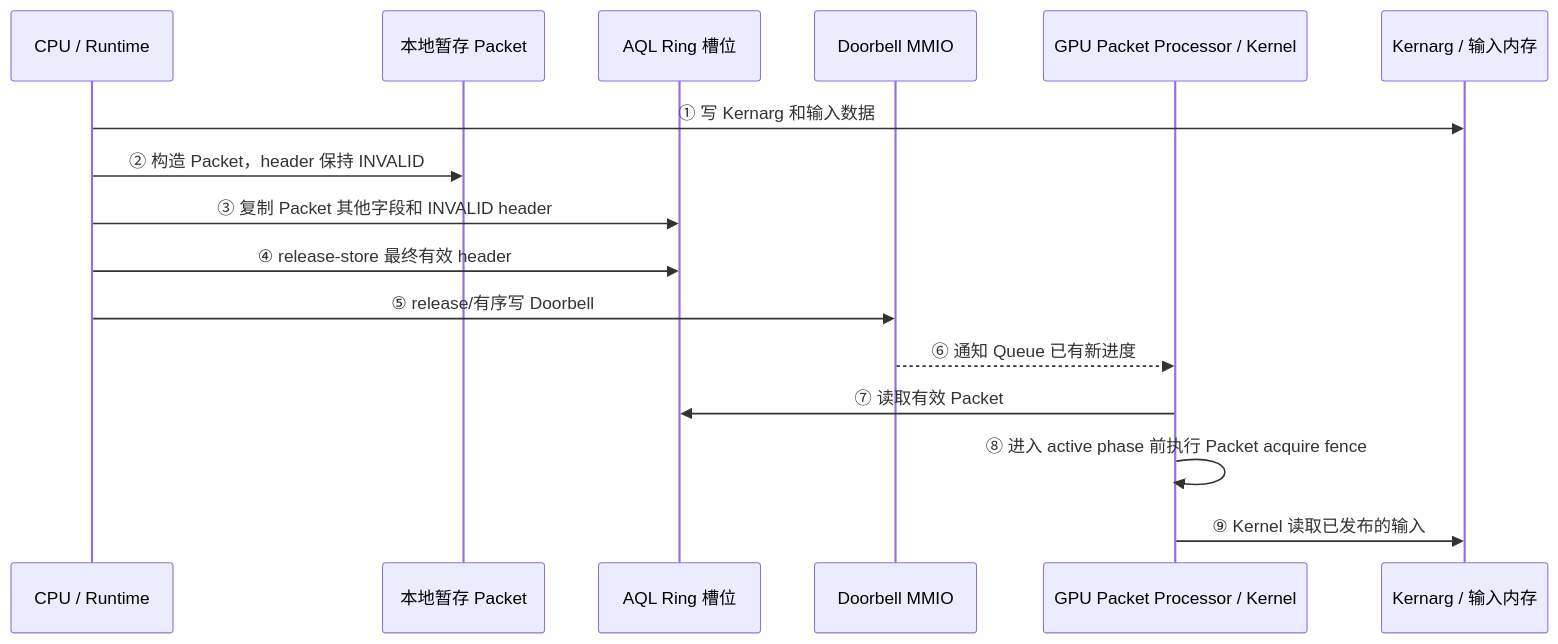
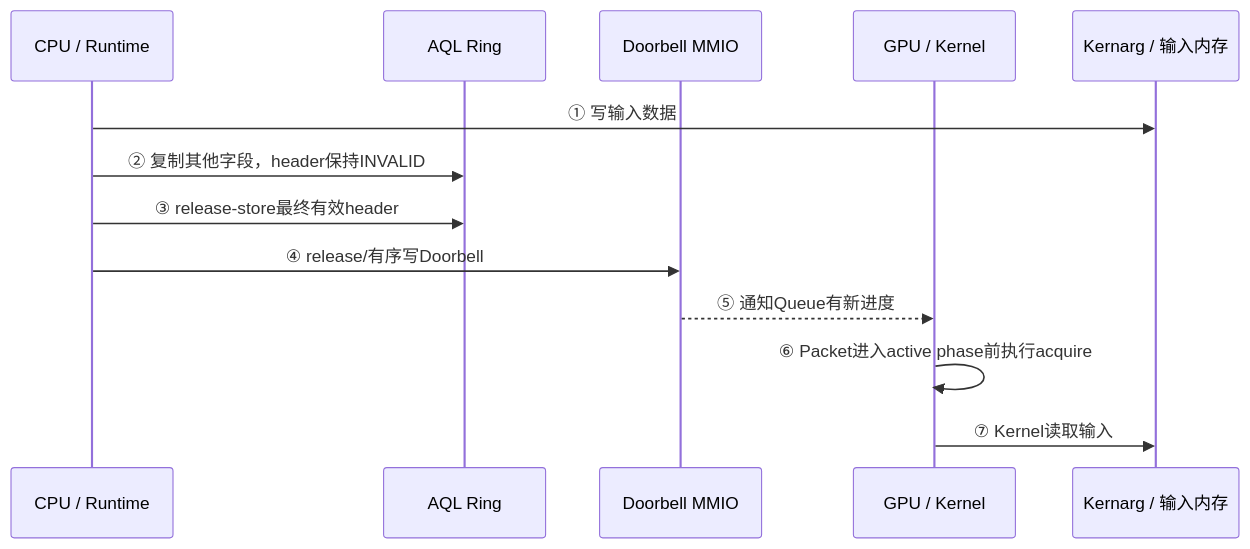
One commit to hxfei-git/gpu-study changed the second of 3 diagrams in 02_GPU 内存管理基础.md. Above: the diagram before and after it, drawn with Mermaid. The commit also changed other lines of this file and 6 other files, not shown here.

````diff
--- a/02_GPU 内存管理基础.md
+++ b/02_GPU 内存管理基础.md
@@ -5058,19 +6951,16 @@
 ```mermaid
 sequenceDiagram
     participant C as CPU / Runtime
-    participant S as 本地暂存 Packet
-    participant R as AQL Ring 槽位
+    participant R as AQL Ring
     participant D as Doorbell MMIO
-    participant G as GPU Packet Processor / Kernel
+    participant G as GPU / Kernel
     participant M as Kernarg / 输入内存
 
-    C->>M: ① 写 Kernarg 和输入数据
-    C->>S: ② 构造 Packet，header 保持 INVALID
-    C->>R: ③ 复制 Packet 其他字段和 INVALID header
-    C->>R: ④ release-store 最终有效 header
-    C->>D: ⑤ release/有序写 Doorbell
-    D-->>G: ⑥ 通知 Queue 已有新进度
-    G->>R: ⑦ 读取有效 Packet
-    G->>G: ⑧ 进入 active phase 前执行 Packet acquire fence
-    G->>M: ⑨ Kernel 读取已发布的输入
+    C->>M: ① 写输入数据
+    C->>R: ② 复制其他字段，header保持INVALID
+    C->>R: ③ release-store最终有效header
+    C->>D: ④ release/有序写Doorbell
+    D-->>G: ⑤ 通知Queue有新进度
+    G->>G: ⑥ Packet进入active phase前执行acquire
+    G->>M: ⑦ Kernel读取输入
 ```
````
